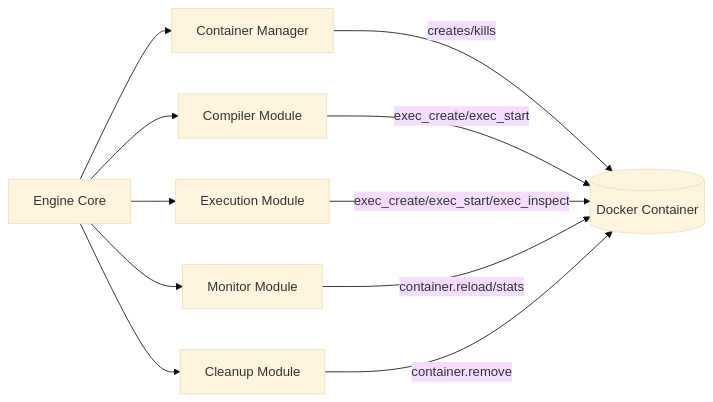
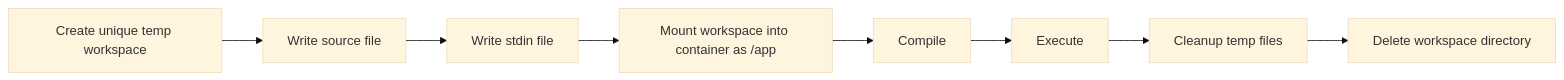
The first of 2 diagrams in README.md (DevXDividends/CodeForge-RCE), drawn with Mermaid (base theme) before and after one commit. The commit also changed other lines of this file, not shown here.

````diff
--- a/README.md
+++ b/README.md
@@ -128,13 +197,10 @@
 ```mermaid
-graph LR
-    A[Engine Core] --> B[Container Manager]
-    A --> C[Compiler Module]
-    A --> D[Execution Module]
-    A --> E[Monitor Module]
-    A --> F[Cleanup Module]
-    B -->|creates/kills| G[(Docker Container)]
-    C -->|exec_create/exec_start| G
-    D -->|exec_create/exec_start/exec_inspect| G
-    E -->|container.reload/stats| G
-    F -->|container.remove| G
+flowchart LR
+    A[Create unique temp workspace] --> B[Write source file]
+    B --> C[Write stdin file]
+    C --> D[Mount workspace into container as /app]
+    D --> E[Compile]
+    E --> F[Execute]
+    F --> G[Cleanup temp files]
+    G --> H[Delete workspace directory]
 ```
````
